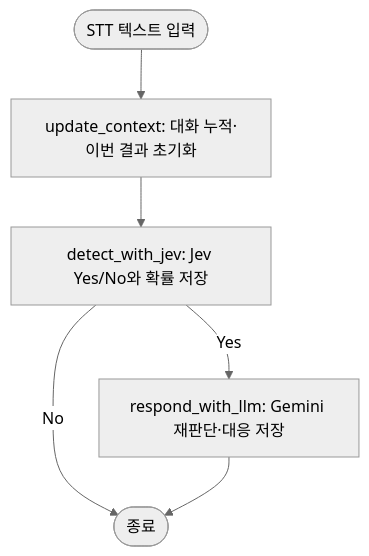
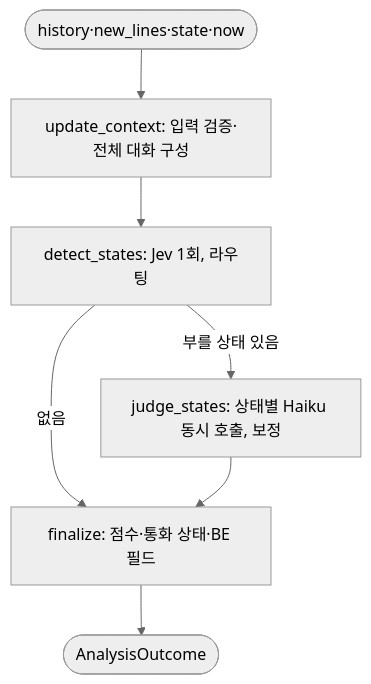
One commit to M4-Scamshield/scam-agent changed the diagram in docs/design/state-and-graph.md. Above: the diagram before and after it, drawn with Mermaid (neutral theme). The commit also changed other lines of this file and 75 other files, not shown here.

First line of the commit message:
feat: Jev 상태 감지와 상태별 Haiku 판단 agent로 전환 (#14)

````diff
--- a/docs/design/state-and-graph.md
+++ b/docs/design/state-and-graph.md
@@ -11,8 +11,9 @@
 ```mermaid
 flowchart TD
-    S([STT 텍스트 입력]) --> U[update_context: 대화 누적·이번 결과 초기화]
-    U --> J[detect_with_jev: Jev Yes/No와 확률 저장]
-    J -->|Yes| G[respond_with_llm: Gemini 재판단·대응 저장]
-    J -->|No| E([종료])
-    G --> E
+    S([history·new_lines·state·now]) --> U[update_context: 입력 검증·전체 대화 구성]
+    U --> D[detect_states: Jev 1회, 라우팅]
+    D -->|부를 상태 있음| J[judge_states: 상태별 Haiku 동시 호출, 보정]
+    D -->|없음| F[finalize: 점수·통화 상태·BE 필드]
+    J --> F
+    F --> E([AnalysisOutcome])
 ```
````
